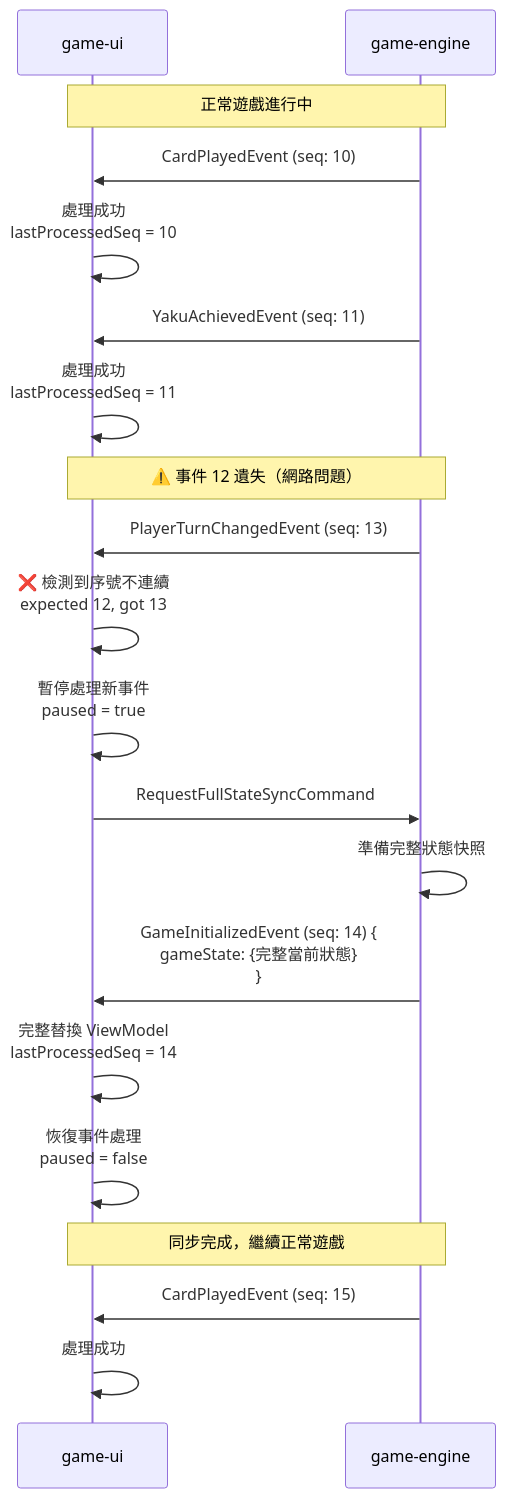
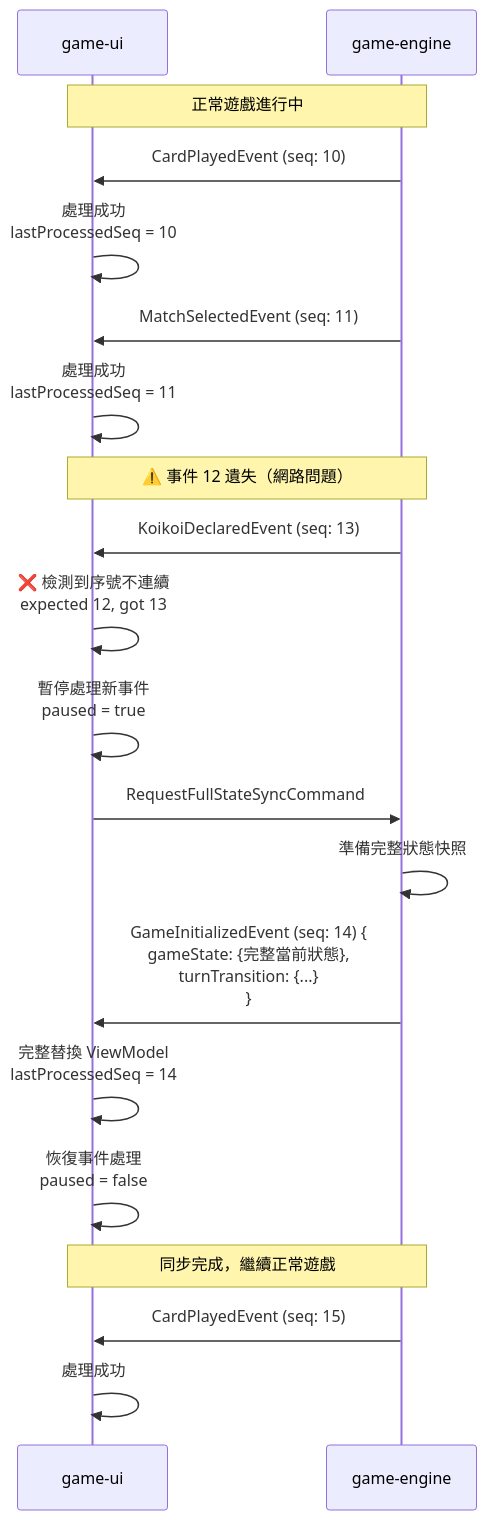
The seventh of 9 diagrams in specs/001-game-ui-game/contracts/event-sequence-diagram.md (ychleo102615/hanahuda), drawn with Mermaid before and after one commit. The commit also changed other lines of this file and 4 other files, not shown here.

````diff
--- a/specs/001-game-ui-game/contracts/event-sequence-diagram.md
+++ b/specs/001-game-ui-game/contracts/event-sequence-diagram.md
@@ -212,28 +229,28 @@
 ```mermaid
 sequenceDiagram
     participant UI as game-ui
     participant Engine as game-engine
 
     Note over UI,Engine: 正常遊戲進行中
     Engine->>UI: CardPlayedEvent (seq: 10)
     UI->>UI: 處理成功<br/>lastProcessedSeq = 10
 
-    Engine->>UI: YakuAchievedEvent (seq: 11)
+    Engine->>UI: MatchSelectedEvent (seq: 11)
     UI->>UI: 處理成功<br/>lastProcessedSeq = 11
 
     Note over UI,Engine: ⚠️ 事件 12 遺失（網路問題）
 
-    Engine->>UI: PlayerTurnChangedEvent (seq: 13)
+    Engine->>UI: KoikoiDeclaredEvent (seq: 13)
     UI->>UI: ❌ 檢測到序號不連續<br/>expected 12, got 13
     UI->>UI: 暫停處理新事件<br/>paused = true
 
     UI->>Engine: RequestFullStateSyncCommand
     Engine->>Engine: 準備完整狀態快照
-    Engine->>UI: GameInitializedEvent (seq: 14) {<br/>  gameState: {完整當前狀態}<br/>}
+    Engine->>UI: GameInitializedEvent (seq: 14) {<br/>  gameState: {完整當前狀態},<br/>  turnTransition: {...}<br/>}
     UI->>UI: 完整替換 ViewModel<br/>lastProcessedSeq = 14
     UI->>UI: 恢復事件處理<br/>paused = false
 
     Note over UI,Engine: 同步完成，繼續正常遊戲
     Engine->>UI: CardPlayedEvent (seq: 15)
     UI->>UI: 處理成功
 ```
````
